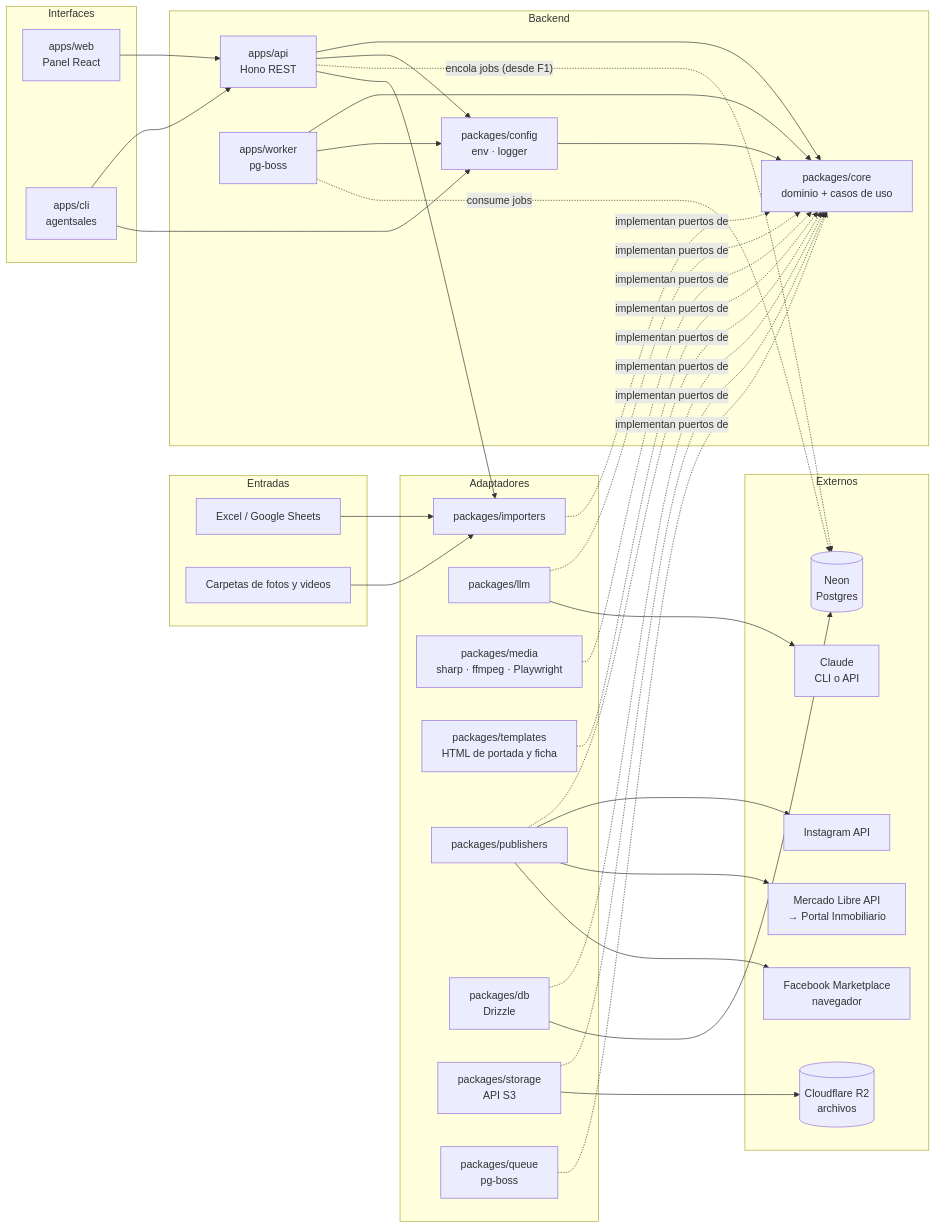
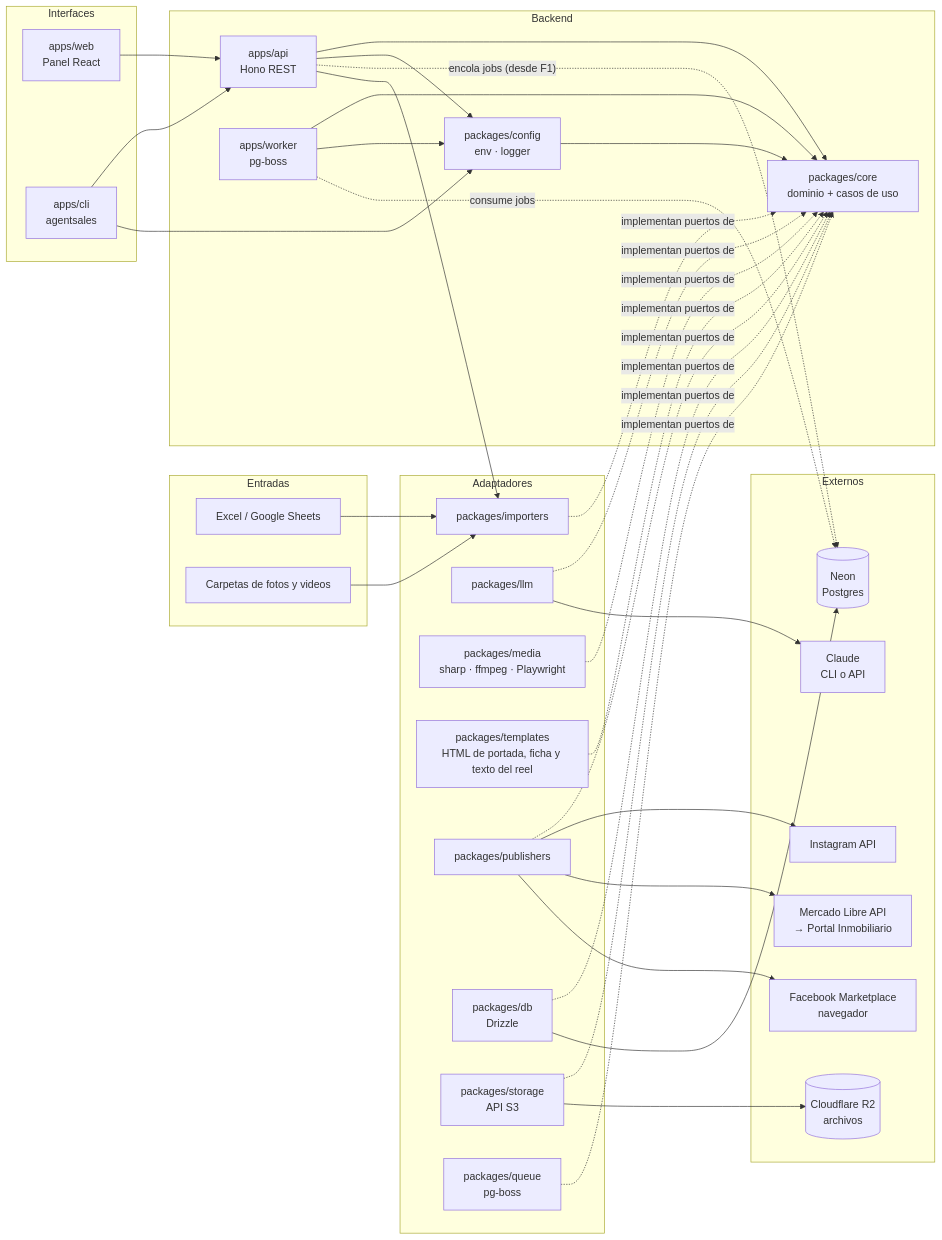
One commit to vicentewolde/AgentSales changed the first of 2 diagrams in docs/01-arquitectura.md. Above: the diagram before and after it, drawn with Mermaid. The commit also changed other lines of this file and 43 other files, not shown here.

First line of the commit message:
feat(templates): plantillas del carrusel y del reel y render con Playwright (F2-T09) (#42)

````diff
--- a/docs/01-arquitectura.md
+++ b/docs/01-arquitectura.md
@@ -5,56 +5,56 @@
 ```mermaid
 flowchart LR
   subgraph Entradas
     XLSX[Excel / Google Sheets]
     MED[Carpetas de fotos y videos]
   end
 
   subgraph Interfaces
     WEB[apps/web<br/>Panel React]
     CLI[apps/cli<br/>agentsales]
   end
 
   subgraph Backend
     API[apps/api<br/>Hono REST]
     WRK[apps/worker<br/>pg-boss]
     CORE[packages/core<br/>dominio + casos de uso]
     CFG[packages/config<br/>env · logger]
   end
 
   subgraph Adaptadores
     IMP[packages/importers]
     LLM[packages/llm]
     MEDIA[packages/media<br/>sharp · ffmpeg · Playwright]
-    TPL[packages/templates<br/>HTML de portada y ficha]
+    TPL[packages/templates<br/>HTML de portada, ficha y texto del reel]
     PUB[packages/publishers]
     DB[packages/db<br/>Drizzle]
     STO[packages/storage<br/>API S3]
     QUE[packages/queue<br/>pg-boss]
   end
 
   subgraph Externos
     NEON[(Neon<br/>Postgres)]
     R2[(Cloudflare R2<br/>archivos)]
     CL[Claude<br/>CLI o API]
     IG[Instagram API]
     ML[Mercado Libre API<br/>→ Portal Inmobiliario]
     FB[Facebook Marketplace<br/>navegador]
   end
 
   XLSX --> IMP
   MED --> IMP
   WEB --> API
   CLI --> API
   API --> CORE
   WRK --> CORE
   IMP & LLM & MEDIA & TPL & PUB & DB & STO & QUE -. implementan puertos de .-> CORE
   API & WRK & CLI --> CFG
   CFG --> CORE
   DB --> NEON
   STO --> R2
   LLM --> CL
   PUB --> IG & ML & FB
   API -. encola jobs (desde F1) .-> NEON
   API --> IMP
   WRK -. consume jobs .-> NEON
 ```
````
